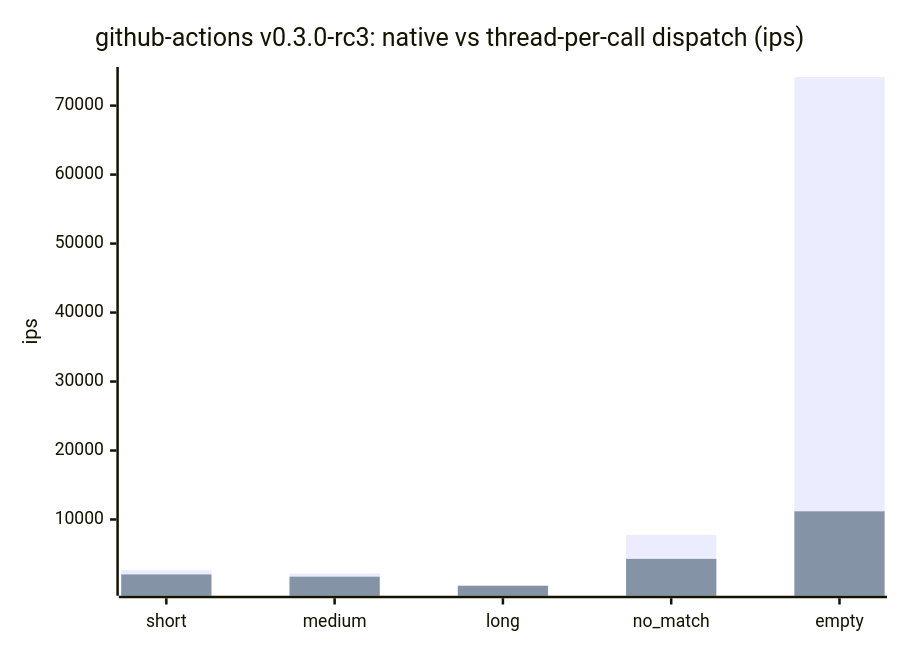
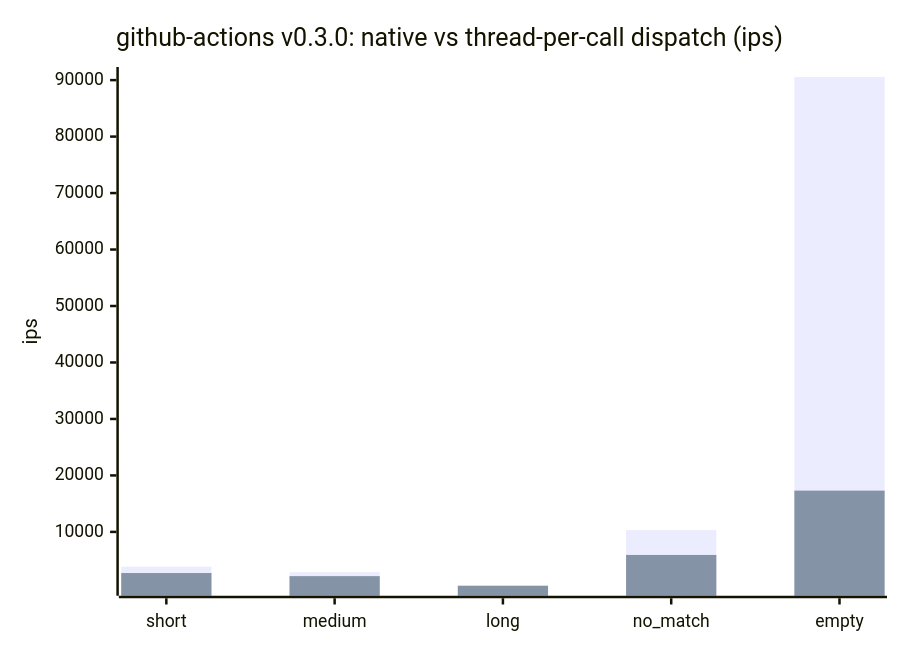
Before and after one commit to cpb/duckling: the first of 7 diagrams in docs/benchmarks/README.md, drawn with Mermaid. The commit also changed other lines of this file and 1 other file, not shown here.

Commit message:
Record github-actions benchmark results for 0.3.0

````diff
--- a/docs/benchmarks/README.md
+++ b/docs/benchmarks/README.md
@@ -54,8 +54,8 @@
 ```mermaid
 xychart-beta
-    title "github-actions v0.3.0-rc3: native vs thread-per-call dispatch (ips)"
+    title "github-actions v0.3.0: native vs thread-per-call dispatch (ips)"
     x-axis [short, medium, long, no_match, empty]
     y-axis "ips"
-    bar "native" [2667.1, 2175.6, 418.4, 7765.4, 74149.0]
-    bar "thread-per-call" [2035.5, 1709.8, 393.8, 4287.8, 11181.6]
+    bar "native" [3846.0, 2879.5, 513.6, 10311.1, 90551.2]
+    bar "thread-per-call" [2714.3, 2164.6, 463.9, 5919.7, 17307.7]
 ```
````
